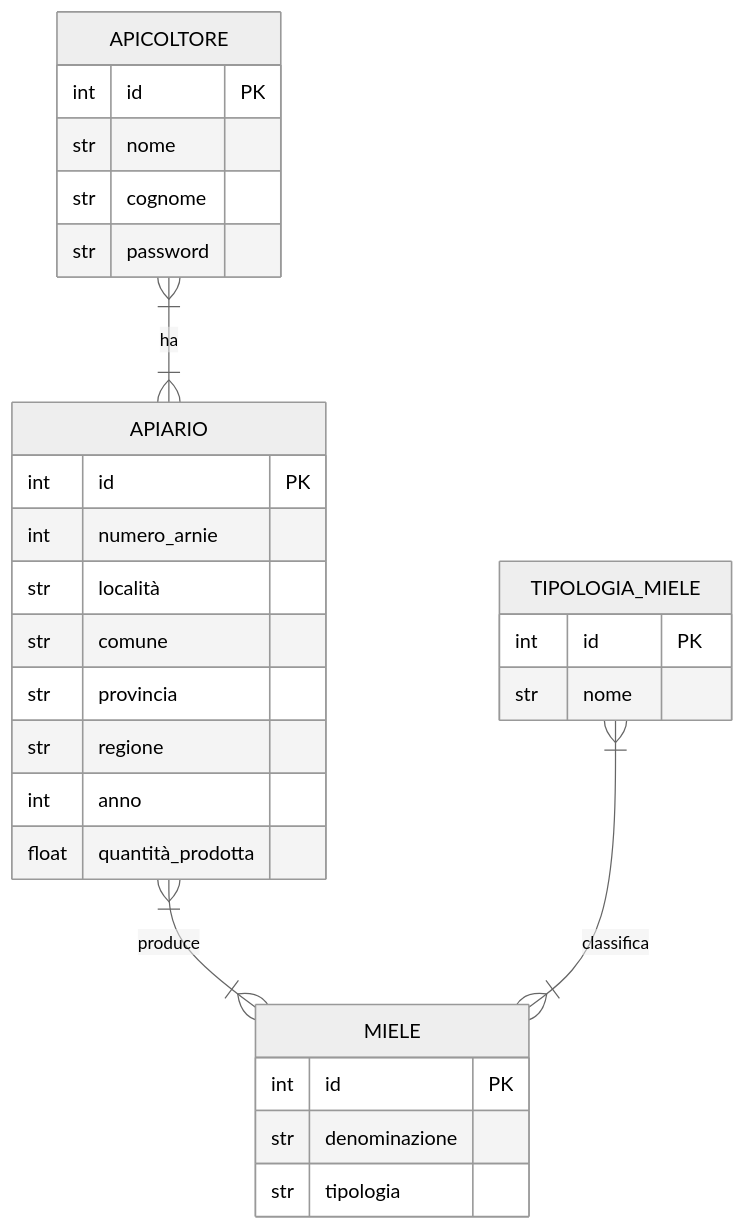
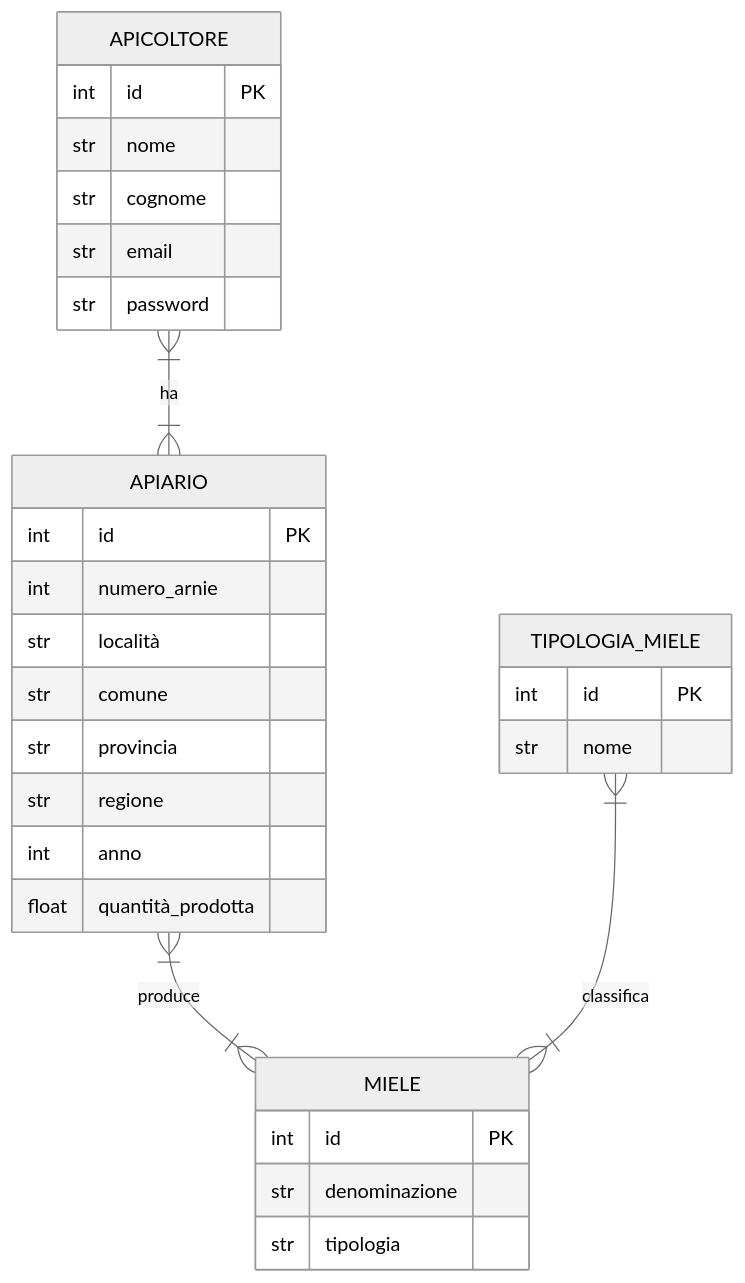
Before and after one commit to LorenzoPezzolesi/Salvatore1: the diagram in pezzolesi_es_1.md, drawn with Mermaid (neutral theme).

````diff
--- a/pezzolesi_es_1.md
+++ b/pezzolesi_es_1.md
@@ -1,37 +1,38 @@
 ```mermaid
 erDiagram
 
     TIPOLOGIA_MIELE {
         int id PK
         str nome 
     }
 
     MIELE {
         int id PK
         str denominazione
         str tipologia
     }
 
     APICOLTORE {
         int id PK
         str nome
         str cognome
+        str email
         str password
     }
 
     APIARIO {
         int id PK
         int numero_arnie
         str località
         str comune
         str provincia
         str regione
         int anno
         float quantità_prodotta
     }
 
 APIARIO }|--|{ MIELE : produce
 APICOLTORE }|--|{ APIARIO : ha
 TIPOLOGIA_MIELE }|--|{ MIELE : classifica
 
 ```
````
